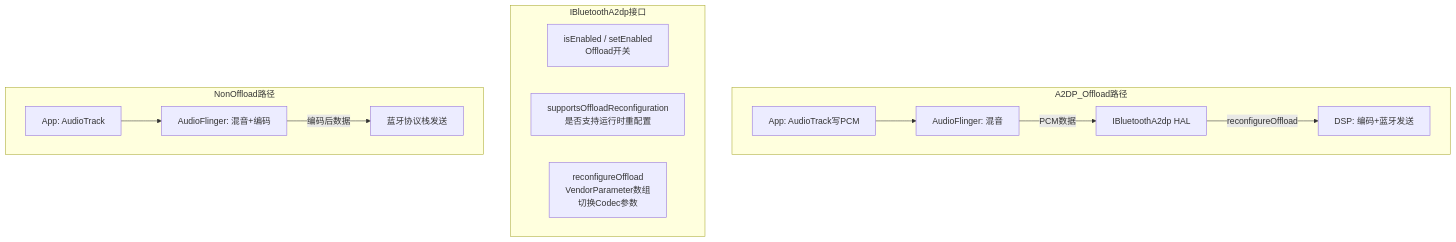
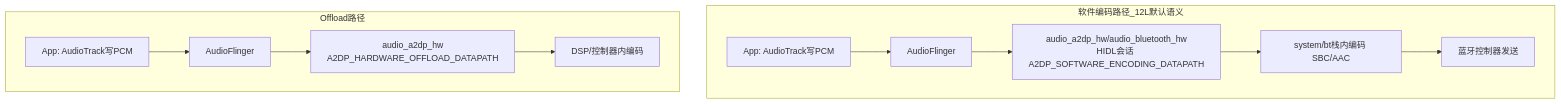
The sixth of 7 diagrams in 14_Bluetooth_Audio/14_14.2_A2DP-高级音频分发协议.md (yanglinzhen1022/SA8295_AAOS_QNX_Audio_KnowledgeBase), drawn with Mermaid before and after one commit. The commit also changed other lines of this file and 11 other files, not shown here.

````diff
--- a/14_Bluetooth_Audio/14_14.2_A2DP-高级音频分发协议.md
+++ b/14_Bluetooth_Audio/14_14.2_A2DP-高级音频分发协议.md
@@ -256,19 +222,14 @@
 ```mermaid
 flowchart TB
-    subgraph A2DP_Offload路径
-        APP[App: AudioTrack写PCM] --> AF[AudioFlinger: 混音]
-        AF -->|PCM数据| BTA2[IBluetoothA2dp HAL]
-        BTA2 -->|reconfigureOffload| DSP[DSP: 编码+蓝牙发送]
+    subgraph 软件编码路径_12L默认语义
+        APP[App: AudioTrack写PCM] --> AF[AudioFlinger]
+        AF --> A2DP_HW[audio_a2dp_hw/audio_bluetooth_hw<br>HIDL会话 A2DP_SOFTWARE_ENCODING_DATAPATH]
+        A2DP_HW --> STACK[system/bt栈内编码 SBC/AAC]
+        STACK --> CTRL[蓝牙控制器发送]
     end
-
-    subgraph IBluetoothA2dp接口
-        ENABLE[isEnabled / setEnabled<br>Offload开关]
-        SUPPORT[supportsOffloadReconfiguration<br>是否支持运行时重配置]
-        RECONFIG[reconfigureOffload<br>VendorParameter数组<br>切换Codec参数]
-    end
-
-    subgraph NonOffload路径
-        APP2[App: AudioTrack] --> AF2[AudioFlinger: 混音+编码]
-        AF2 -->|编码后数据| BT_STACK2[蓝牙协议栈发送]
+    subgraph Offload路径
+        APP2[App: AudioTrack写PCM] --> AF2[AudioFlinger]
+        AF2 --> A2DP_HW2[audio_a2dp_hw<br>A2DP_HARDWARE_OFFLOAD_DATAPATH]
+        A2DP_HW2 --> DSP[DSP/控制器内编码]
     end
 ```
````
